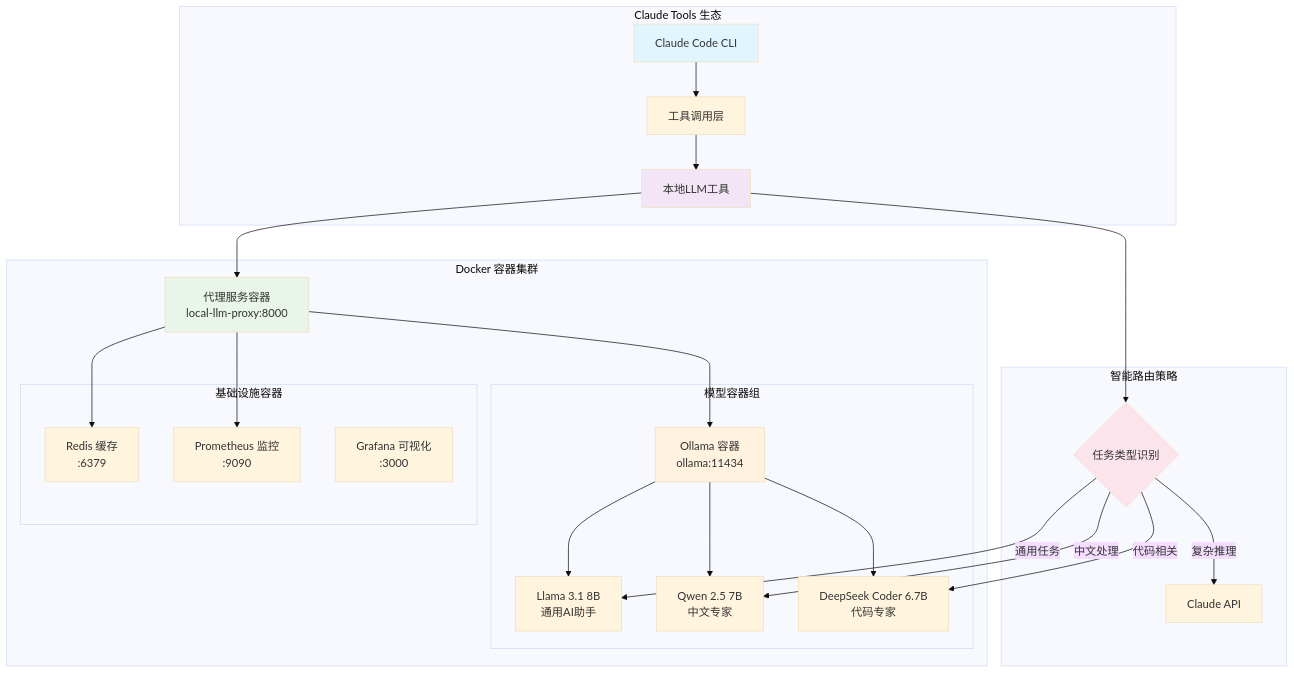
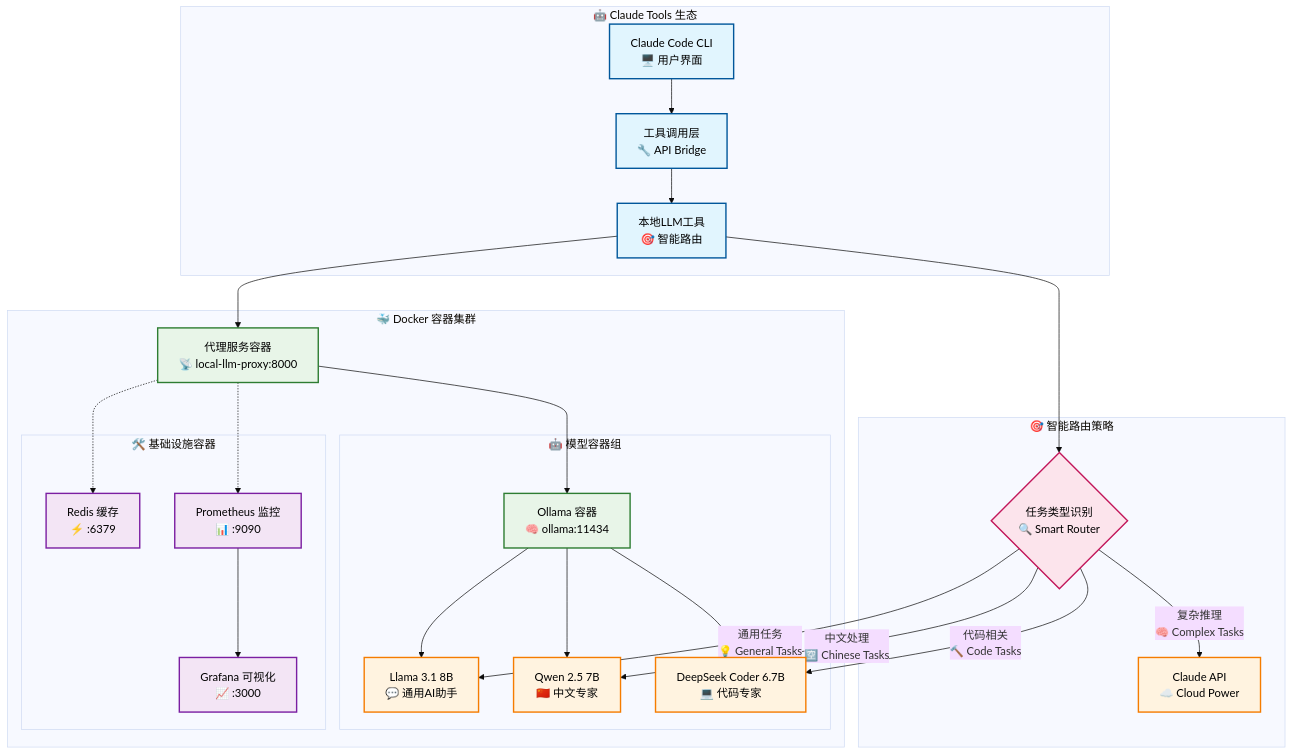
Before and after one commit to youweichen0208/YC-Tech-Blog: the first of 2 diagrams in src/ai-tools/LOCAL_LLM_ARCHITECTURE.md, drawn with Mermaid (base theme). The commit also changed 2 other files, not shown here.

Commit message:
fix: 启用Mermaid支持并优化架构图显示
🔧 修复Mermaid图表
- 在theme.ts中启用mermaid: true
- 解决架构图无法显示的问题

🎨 优化图表设计
- 添加丰富的emoji图标增强视觉效果
- 使用不同颜色样式区分组件类型
- 优化节点标签和连接线样式
- 增加端口信息和功能描述

📊 图表改进
- Claude Tools生态: 蓝色主题
- Docker容器集群: 绿色主题
- AI模型: 橙色主题
- 基础设施: 紫色主题
- 智能路由: 粉色主题

🚀 用户体验提升
- 图表更加直观易懂
- 组件功能一目了然
- 架构关系清晰明确
- 支持响应式显示

🤖 Generated with [Claude Code](https://claude.com/claude-code)

````diff
--- a/src/ai-tools/LOCAL_LLM_ARCHITECTURE.md
+++ b/src/ai-tools/LOCAL_LLM_ARCHITECTURE.md
@@ -11,42 +11,51 @@
 ```mermaid
 graph TB
-    subgraph "Claude Tools 生态"
-        A[Claude Code CLI] --> B[工具调用层]
-        B --> C[本地LLM工具]
+    subgraph "🤖 Claude Tools 生态"
+        A["Claude Code CLI<br/>🖥️ 用户界面"] --> B["工具调用层<br/>🔧 API Bridge"]
+        B --> C["本地LLM工具<br/>🎯 智能路由"]
     end
 
-    subgraph "Docker 容器集群"
-        C --> D[代理服务容器<br/>local-llm-proxy:8000]
-        D --> E[Ollama 容器<br/>ollama:11434]
+    subgraph "🐳 Docker 容器集群"
+        C --> D["代理服务容器<br/>📡 local-llm-proxy:8000"]
+        D --> E["Ollama 容器<br/>🧠 ollama:11434"]
 
-        subgraph "模型容器组"
-            E --> F[Llama 3.1 8B<br/>通用AI助手]
-            E --> G[Qwen 2.5 7B<br/>中文专家]
-            E --> H[DeepSeek Coder 6.7B<br/>代码专家]
+        subgraph "🤖 模型容器组"
+            E --> F["Llama 3.1 8B<br/>💬 通用AI助手"]
+            E --> G["Qwen 2.5 7B<br/>🇨🇳 中文专家"]
+            E --> H["DeepSeek Coder 6.7B<br/>💻 代码专家"]
         end
 
-        subgraph "基础设施容器"
-            I[Redis 缓存<br/>:6379]
-            J[Prometheus 监控<br/>:9090]
-            K[Grafana 可视化<br/>:3000]
+        subgraph "🛠️ 基础设施容器"
+            I["Redis 缓存<br/>⚡ :6379"]
+            J["Prometheus 监控<br/>📊 :9090"]
+            K["Grafana 可视化<br/>📈 :3000"]
         end
     end
 
-    subgraph "智能路由策略"
-        L{任务类型识别}
-        L -->|代码相关| H
-        L -->|中文处理| G
-        L -->|通用任务| F
-        L -->|复杂推理| M[Claude API]
+    subgraph "🎯 智能路由策略"
+        L{"任务类型识别<br/>🔍 Smart Router"}
+        L -->|"代码相关<br/>🔨 Code Tasks"| H
+        L -->|"中文处理<br/>🈳 Chinese Tasks"| G
+        L -->|"通用任务<br/>💡 General Tasks"| F
+        L -->|"复杂推理<br/>🧠 Complex Tasks"| M["Claude API<br/>☁️ Cloud Power"]
     end
 
     C --> L
-    D --> I
-    D --> J
+    D -.-> I
+    D -.-> J
+    J --> K
 
-    style A fill:#e1f5fe
-    style C fill:#f3e5f5
-    style D fill:#e8f5e8
-    style E fill:#fff3e0
-    style L fill:#fce4ec
+    %% 样式定义
+    classDef claudeStyle fill:#e1f5fe,stroke:#01579b,stroke-width:2px,color:#000
+    classDef containerStyle fill:#e8f5e8,stroke:#2e7d32,stroke-width:2px,color:#000
+    classDef modelStyle fill:#fff3e0,stroke:#f57c00,stroke-width:2px,color:#000
+    classDef infraStyle fill:#f3e5f5,stroke:#7b1fa2,stroke-width:2px,color:#000
+    classDef routerStyle fill:#fce4ec,stroke:#c2185b,stroke-width:2px,color:#000
+
+    %% 应用样式
+    class A,B,C claudeStyle
+    class D,E containerStyle
+    class F,G,H,M modelStyle
+    class I,J,K infraStyle
+    class L routerStyle
 ```
````
